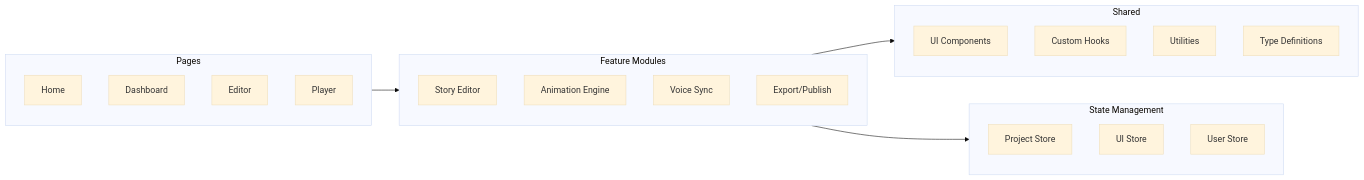
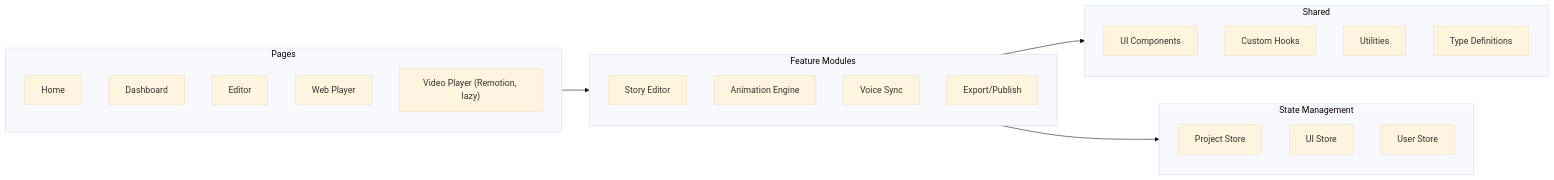
One commit to EvgenyEMK/visual-story changed the second of 8 diagrams in docs/technical-architecture/overview.md. Above: the diagram before and after it, drawn with Mermaid (base theme). The commit also changed other lines of this file and 53 other files, not shown here.

First line of the commit message:
Refactor animation architecture: SlideItem tree, motion.dev, layered SlideFrame, Remotion isolation

````diff
--- a/docs/technical-architecture/overview.md
+++ b/docs/technical-architecture/overview.md
@@ -124,33 +126,34 @@
 ```mermaid
 flowchart LR
     subgraph pages [Pages]
         Home[Home]
         Dashboard[Dashboard]
         Editor[Editor]
-        Player[Player]
+        WebPlayer[Web Player]
+        VideoPlayer["Video Player (Remotion, lazy)"]
     end
     
     subgraph features [Feature Modules]
         StoryEditor[Story Editor]
         AnimationEngine[Animation Engine]
         VoiceSync[Voice Sync]
         ExportPublish[Export/Publish]
     end
     
     subgraph shared [Shared]
         UI[UI Components]
         Hooks[Custom Hooks]
         Utils[Utilities]
         Types[Type Definitions]
     end
     
     subgraph state [State Management]
         ProjectStore[Project Store]
         UIStore[UI Store]
         UserStore[User Store]
     end
     
     pages --> features
     features --> shared
     features --> state
 ```
````
